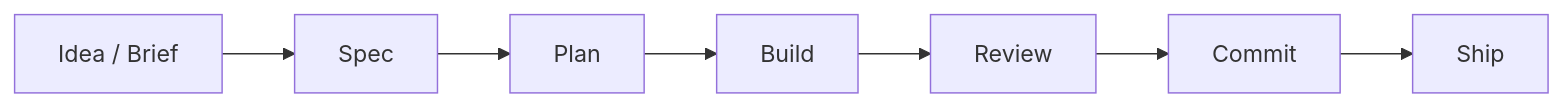
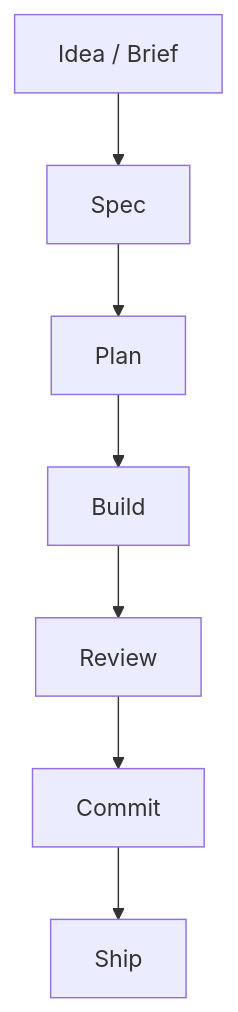
One commit to owainlewis/blueprint changed the first of 2 diagrams in README.md. Above: the diagram before and after it, drawn with Mermaid. The commit also changed other lines of this file, not shown here.

Commit message:
docs: simplify install and improve diagrams

````diff
--- a/README.md
+++ b/README.md
@@ -17,9 +17,9 @@
 ```mermaid
-flowchart LR
+flowchart TB
     Brief["Idea / Brief"] --> Spec["Spec"]
     Spec --> Plan["Plan"]
     Plan --> Build["Build"]
     Build --> Review["Review"]
     Review --> Commit["Commit"]
     Commit --> Ship["Ship"]
 ```
````
